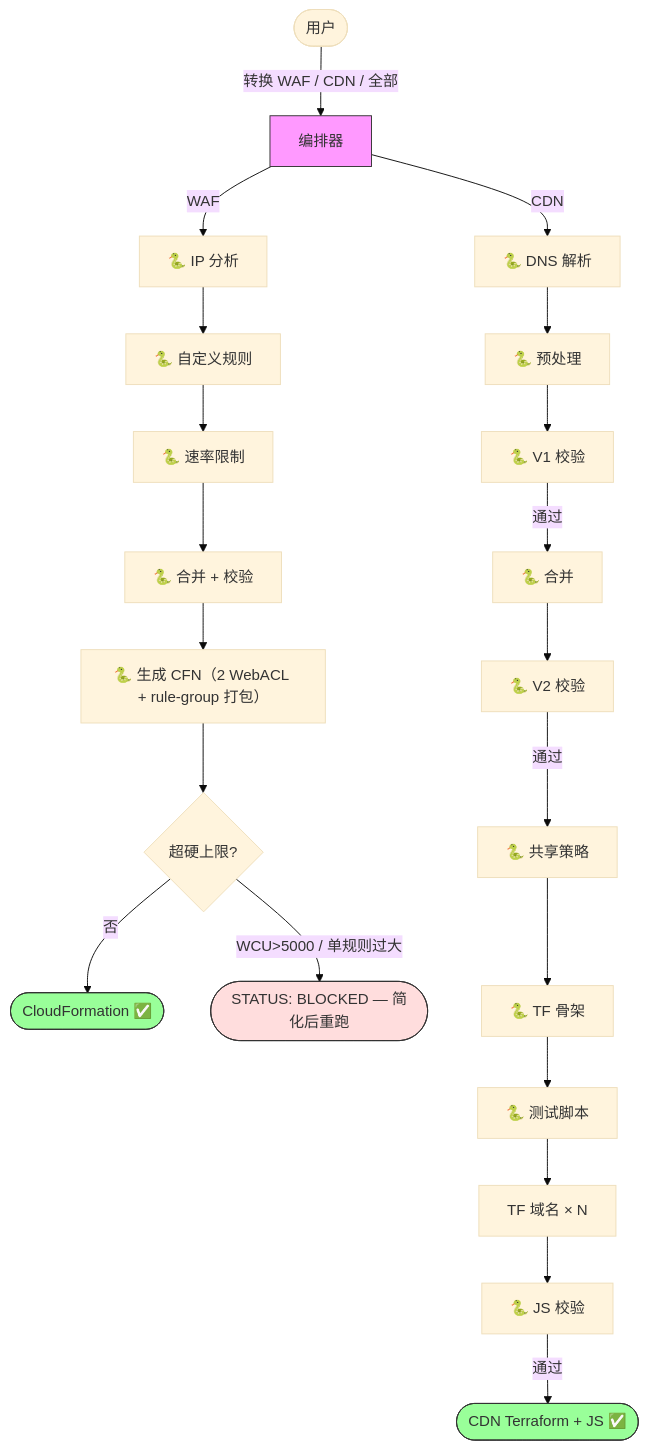
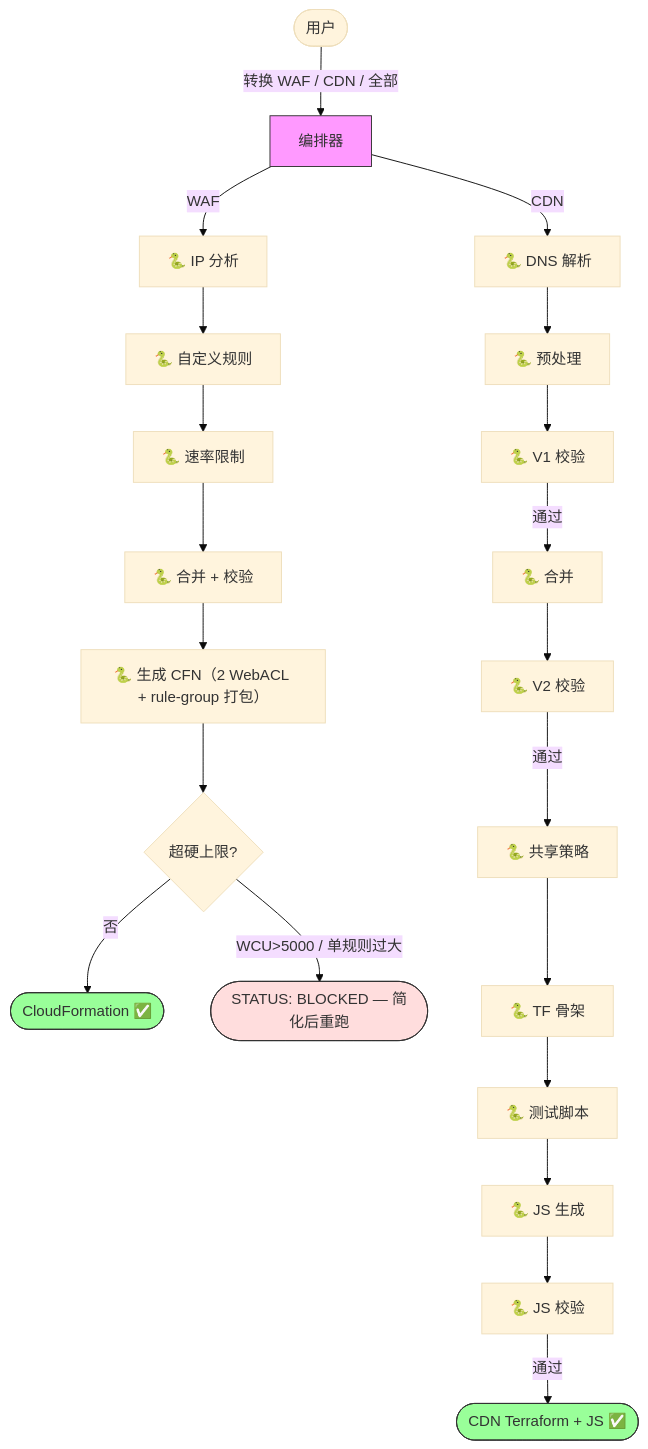
One commit to chenghit/cloudflare-aws-edge-config-converter changed the diagram in README_CN.md. Above: the diagram before and after it, drawn with Mermaid (base theme). The commit also changed other lines of this file and 8 other files, not shown here.

````diff
--- a/README_CN.md
+++ b/README_CN.md
@@ -76,24 +76,24 @@
 ```mermaid
 flowchart TD
     User([用户]) -->|"转换 WAF / CDN / 全部"| Main["编排器"]
 
     Main -->|WAF| WAF_A1["🐍 IP 分析"] --> WAF_A2["🐍 自定义规则"] --> WAF_A3["🐍 速率限制"] --> WAF_M["🐍 合并 + 校验"] --> WAF_G["🐍 生成 CFN（2 WebACL + rule-group 打包）"] --> WAF_C{超硬上限?}
     WAF_C -->|"否"| WAF_Done([CloudFormation ✅])
     WAF_C -->|"WCU>5000 / 单规则过大"| WAF_B([STATUS: BLOCKED — 简化后重跑])
 
     Main -->|CDN| CDN1["🐍 DNS 解析"] --> CDN3["🐍 预处理"]
     CDN3 --> CDN4["🐍 V1 校验"]
     CDN4 -->|通过| CDN5["🐍 合并"]
     CDN5 --> CDN6["🐍 V2 校验"]
     CDN6 -->|通过| CDN7["🐍 共享策略"]
     CDN7 --> CDN75["🐍 TF 骨架"]
     CDN75 --> CDN76["🐍 测试脚本"]
-    CDN76 --> CDN8["TF 域名 × N"]
+    CDN76 --> CDN8["🐍 JS 生成"]
     CDN8 --> CDN9["🐍 JS 校验"]
     CDN9 -->|通过| CDN_Done([CDN Terraform + JS ✅])
 
     style Main fill:#f9f,stroke:#333
     style WAF_Done fill:#9f9,stroke:#333
     style WAF_B fill:#fdd,stroke:#333
     style CDN_Done fill:#9f9,stroke:#333
 ```
````
